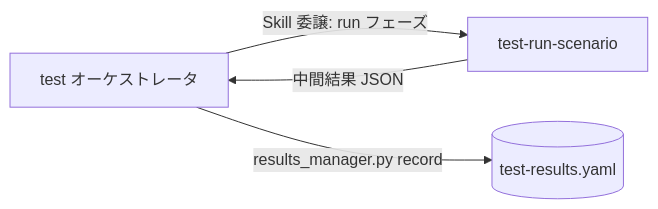
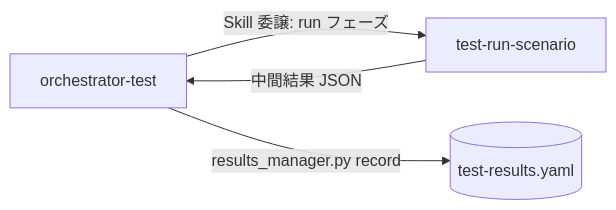
Before and after one commit to dmajima/claude-plugins: the diagram in plugins/deep-test/skills/test-run-scenario/README.md, drawn with Mermaid. The commit also changed other lines of this file and 611 other files, not shown here.

````diff
--- a/plugins/deep-test/skills/test-run-scenario/README.md
+++ b/plugins/deep-test/skills/test-run-scenario/README.md
@@ -26,6 +26,6 @@
 ```mermaid
 flowchart LR
-    ORCH[test オーケストレータ] -->|"Skill 委譲: run フェーズ"| SCEN[test-run-scenario]
+    ORCH[orchestrator-test] -->|"Skill 委譲: run フェーズ"| SCEN[test-run-scenario]
     SCEN -->|"中間結果 JSON"| ORCH
     ORCH -->|"results_manager.py record"| YAML[(test-results.yaml)]
 ```
````
